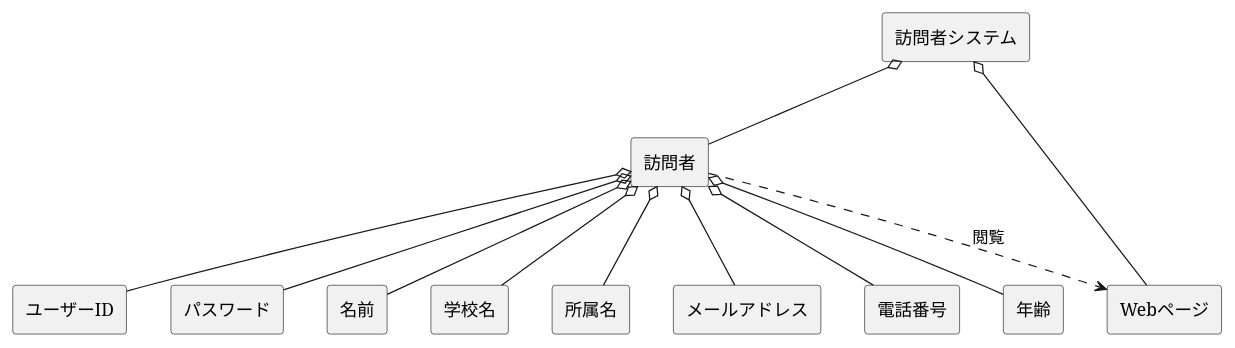
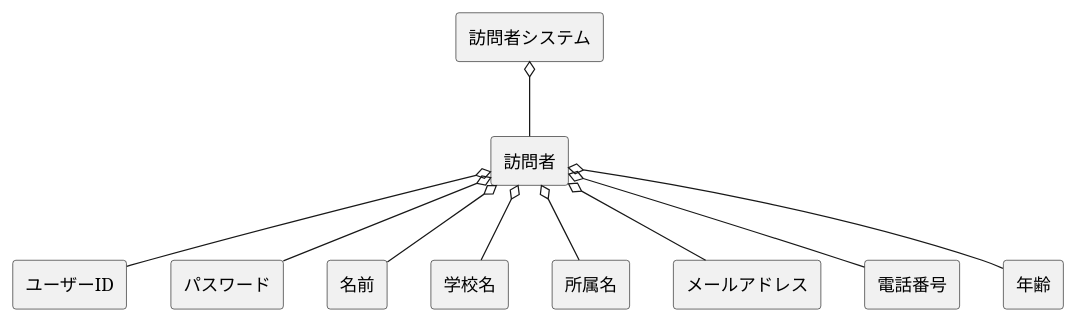
Before and after one commit to FujikawaHirono0520/ohara_uml: the diagram in group/07_web_visitor/domain.pu, drawn with PlantUML. The commit also changed 9 other files, not shown here.

```diff
--- a/group/07_web_visitor/domain.pu
+++ b/group/07_web_visitor/domain.pu
@@ -1,19 +1,16 @@
 @startuml 訪問者システムドメインモデル図
 skinparam componentStyle rectangle
 
 ' 訪問者システムのドメインモデル
 
 [訪問者システム] o-- [訪問者]
-[訪問者システム] o-- [Webページ]
 [訪問者] o-- [ユーザーID]
 [訪問者] o-- [パスワード]
 [訪問者] o-- [名前]
 [訪問者] o-- [学校名]
 [訪問者] o-- [所属名]
 [訪問者] o-- [メールアドレス]
 [訪問者] o-- [電話番号]
 [訪問者] o-- [年齢]
 
-[訪問者] ..> [Webページ] : 閲覧
-
 @enduml
```
